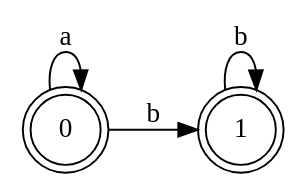
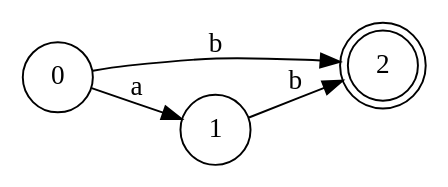
Before and after one commit to paulbelches/scannerAndParserGenerator: the diagram in afdirect.gv, drawn with Graphviz. The commit also changed 10 other files, not shown here.

```diff
--- a/afdirect.gv
+++ b/afdirect.gv
@@ -1,15 +1,13 @@
 digraph finite_state_machine {
 	rankdir=LR size="8,5"
 	node [shape=doublecircle]
-	0
-
-	1
+	2
 
 	node [shape=circle]
-	0 -> 0 [label=a
+	0 -> 1 [label=a
 ]
-	0 -> 1 [label=b
+	0 -> 2 [label=b
 ]
-	1 -> 1 [label=b
+	1 -> 2 [label=b
 ]
 }
```
